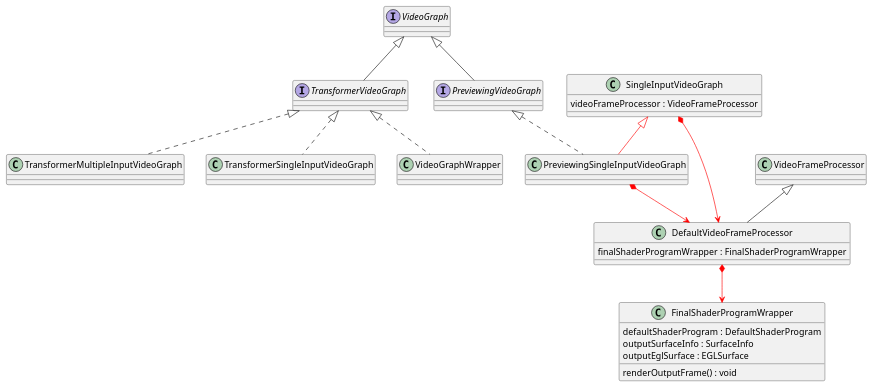
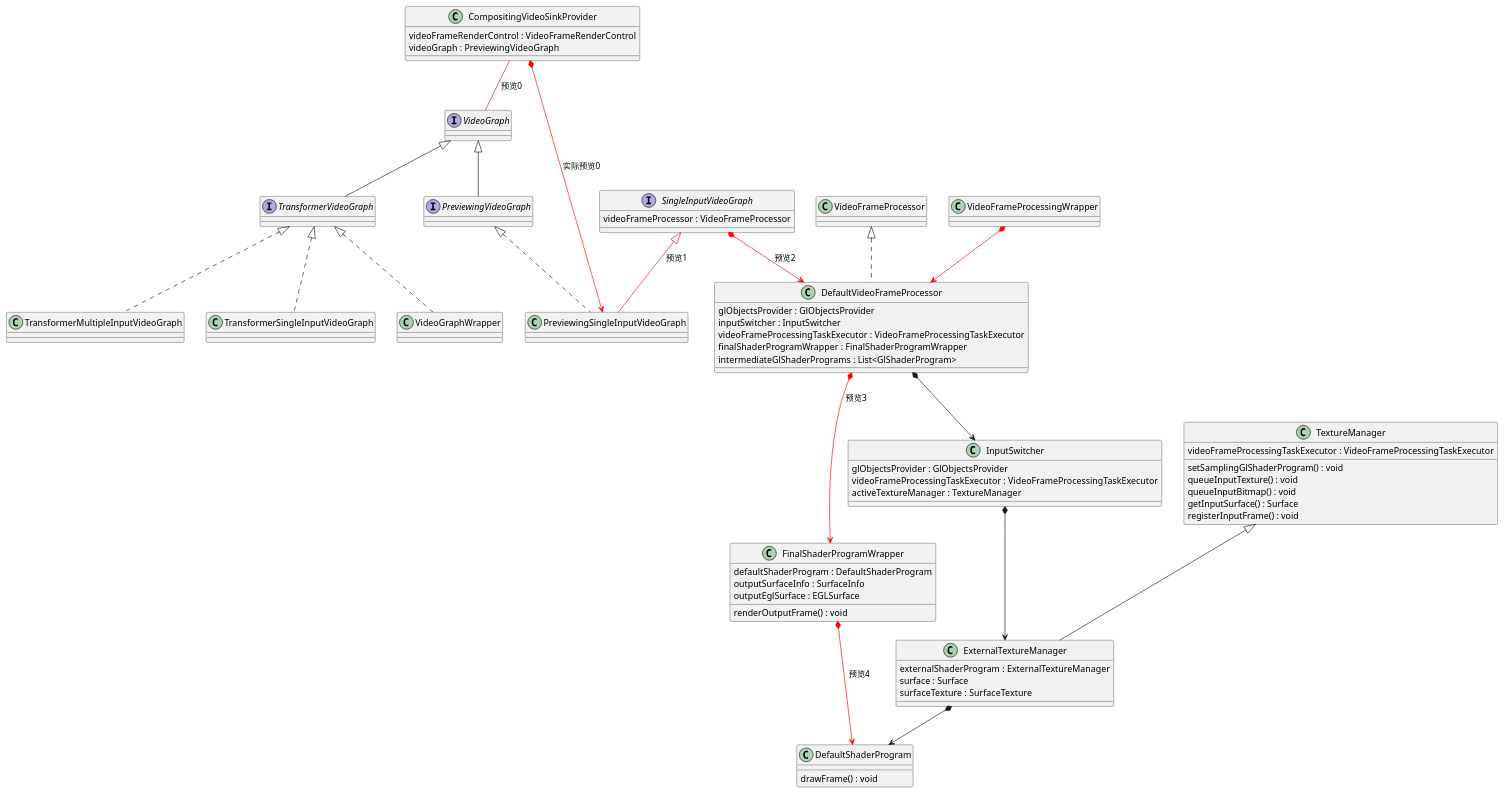
One commit to AndyYoung1004/Exo_Transformer changed the diagram in VideoGraph.puml. Above: the diagram before and after it, drawn with PlantUML.

Commit message:
add preview action

```diff
--- a/VideoGraph.puml
+++ b/VideoGraph.puml
@@ -1,43 +1,87 @@
 @startuml
 
 VideoGraph <|-- TransformerVideoGraph
 VideoGraph <|-- PreviewingVideoGraph
 TransformerVideoGraph <|.. TransformerMultipleInputVideoGraph
 TransformerVideoGraph <|.. TransformerSingleInputVideoGraph
 TransformerVideoGraph <|.. VideoGraphWrapper
+
+class CompositingVideoSinkProvider {
+videoFrameRenderControl : VideoFrameRenderControl
+videoGraph : PreviewingVideoGraph
+}
+
+CompositingVideoSinkProvider -[#red]- VideoGraph : 预览0
+CompositingVideoSinkProvider *-[#red]-> PreviewingSingleInputVideoGraph : 实际预览0
 
 interface VideoGraph {}
 
 interface TransformerVideoGraph {}
 
 interface PreviewingVideoGraph {}
 
 class TransformerMultipleInputVideoGraph {}
 class TransformerSingleInputVideoGraph
 class VideoGraphWrapper {}
 class PreviewingSingleInputVideoGraph {}
 
-class SingleInputVideoGraph {
+interface SingleInputVideoGraph {
 videoFrameProcessor : VideoFrameProcessor
 }
 class VideoFrameProcessor {
 }
-VideoFrameProcessor <|-- DefaultVideoFrameProcessor
-SingleInputVideoGraph *-[#red]-> DefaultVideoFrameProcessor
+
+SingleInputVideoGraph *-[#red]-> DefaultVideoFrameProcessor : 预览2
 
 PreviewingVideoGraph <|.. PreviewingSingleInputVideoGraph
-SingleInputVideoGraph <|-[#red]- PreviewingSingleInputVideoGraph
-PreviewingSingleInputVideoGraph *-[#red]-> DefaultVideoFrameProcessor
+SingleInputVideoGraph <|-[#red]- PreviewingSingleInputVideoGraph : 预览1
+
 
 class DefaultVideoFrameProcessor {
+glObjectsProvider : GlObjectsProvider
+inputSwitcher : InputSwitcher
+videoFrameProcessingTaskExecutor : VideoFrameProcessingTaskExecutor
 finalShaderProgramWrapper : FinalShaderProgramWrapper
+intermediateGlShaderPrograms : List<GlShaderProgram>
 }
 class FinalShaderProgramWrapper {
 defaultShaderProgram : DefaultShaderProgram
 outputSurfaceInfo : SurfaceInfo
 outputEglSurface : EGLSurface
 renderOutputFrame() : void
 }
-DefaultVideoFrameProcessor *-[#red]-> FinalShaderProgramWrapper
+DefaultVideoFrameProcessor *-[#red]-> FinalShaderProgramWrapper : 预览3
+FinalShaderProgramWrapper *-[#red]-> DefaultShaderProgram  : 预览4
+
+class InputSwitcher {
+glObjectsProvider : GlObjectsProvider
+videoFrameProcessingTaskExecutor : VideoFrameProcessingTaskExecutor
+activeTextureManager : TextureManager
+}
+class TextureManager {
+videoFrameProcessingTaskExecutor : VideoFrameProcessingTaskExecutor
+setSamplingGlShaderProgram() : void
+queueInputTexture() : void
+queueInputBitmap() : void
+getInputSurface() : Surface
+registerInputFrame() : void
+}
+class ExternalTextureManager {
+externalShaderProgram : ExternalTextureManager
+surface : Surface
+surfaceTexture : SurfaceTexture
+}
+
+class DefaultShaderProgram {
+drawFrame() : void
+}
+
+ExternalTextureManager *--> DefaultShaderProgram
+TextureManager <|-- ExternalTextureManager
+InputSwitcher *--> ExternalTextureManager
+DefaultVideoFrameProcessor *--> InputSwitcher
+VideoFrameProcessor <|.. DefaultVideoFrameProcessor
+VideoFrameProcessingWrapper *-[#red]-> DefaultVideoFrameProcessor
+
 
 @enduml
```
